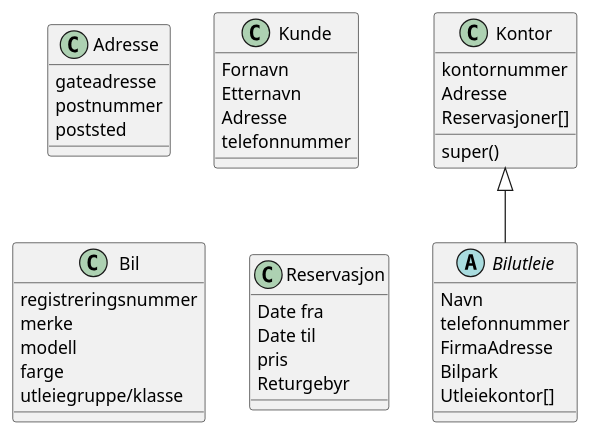
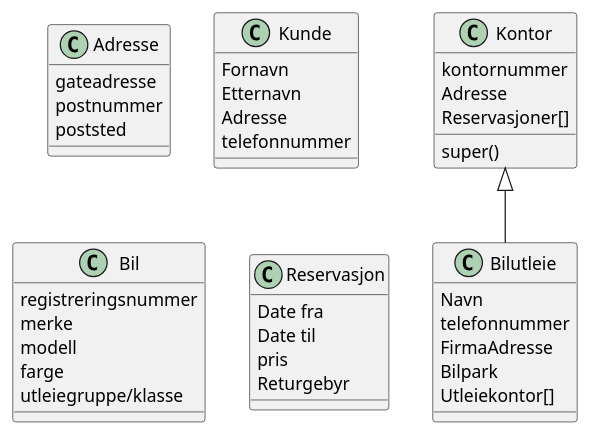
One commit to S571736/DAT109_Oblig2 changed the diagram in src/no/hvl/dat109/Diagram/ClassDiagram.puml. Above: the diagram before and after it, drawn with PlantUML. The commit also changed 2 other files, not shown here.

```diff
--- a/src/no/hvl/dat109/Diagram/ClassDiagram.puml
+++ b/src/no/hvl/dat109/Diagram/ClassDiagram.puml
@@ -1,47 +1,47 @@
 @startuml
 class Adresse {
     gateadresse
     postnummer
     poststed
 }
 
 class Kunde{
     Fornavn
     Etternavn
     Adresse
     telefonnummer
 }
 
 class Bil{
     registreringsnummer
     merke
     modell
     farge
     utleiegruppe/klasse
 }
 
-abstract class Bilutleie{
+class Bilutleie{
     Navn
     telefonnummer
     FirmaAdresse
     Bilpark
     Utleiekontor[]
 }
 
 class Kontor{
     super()
     kontornummer
     Adresse
     Reservasjoner[]
 }
 
 class Reservasjon{
     Date fra
     Date til
     pris
     Returgebyr
 
 }
 
 Kontor <|-- Bilutleie
 @enduml
```
